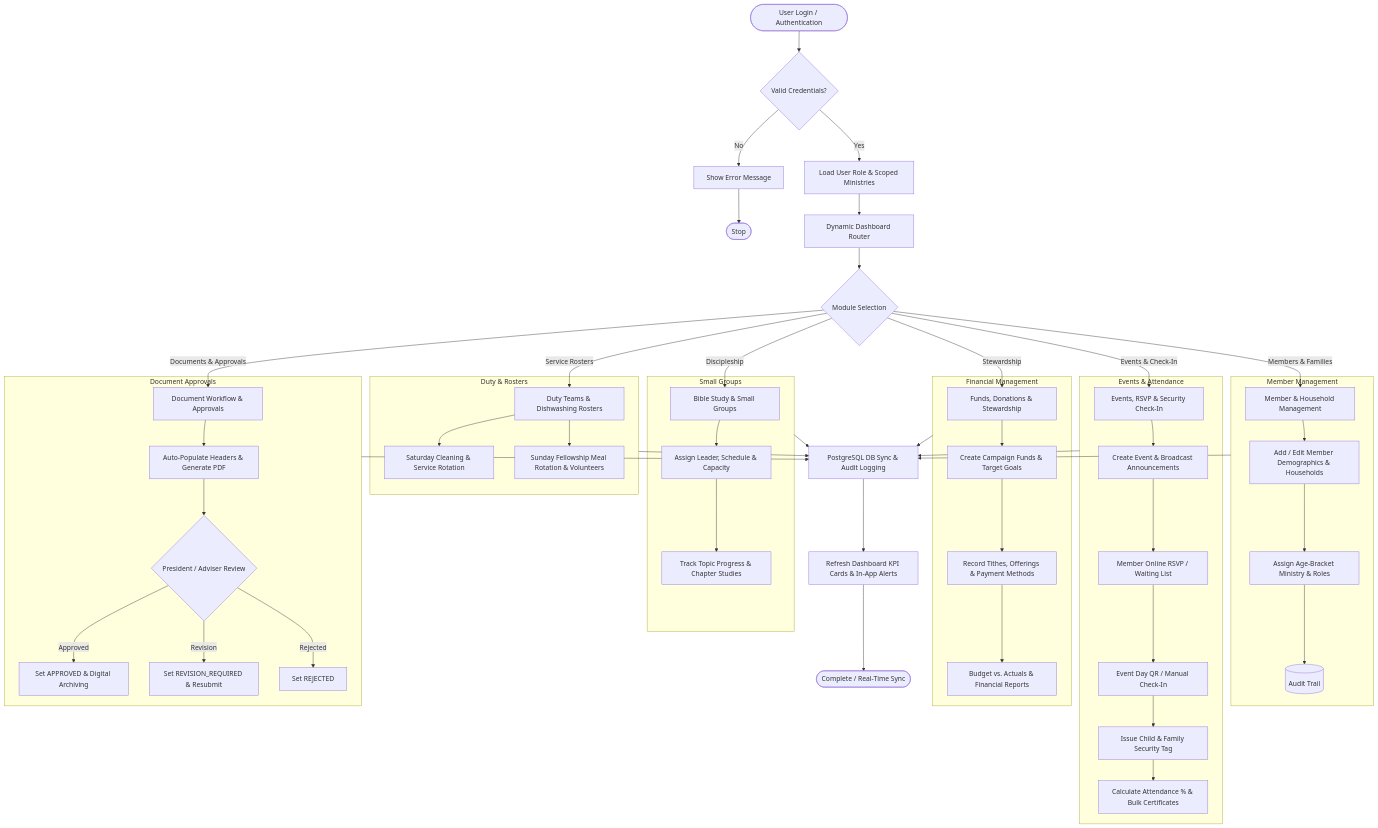
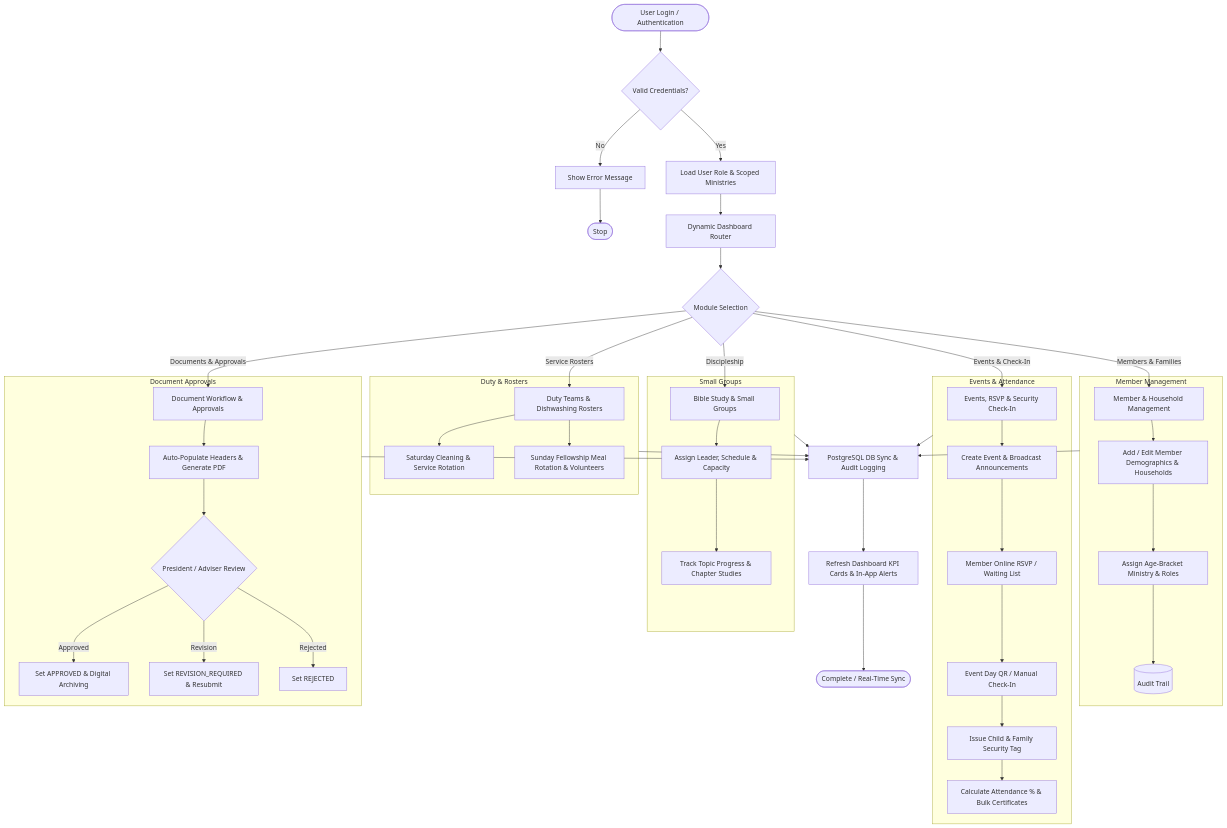
Before and after one commit to Isapolloo08/DPC_ManagementSystem: the fourth of 4 diagrams in docs/diagrams/README.md, drawn with Mermaid. The commit also changed other lines of this file and 161 other files, not shown here.

````diff
--- a/docs/diagrams/README.md
+++ b/docs/diagrams/README.md
@@ -183,64 +165,56 @@
 ```mermaid
 flowchart TD
     Start([User Login / Authentication]) --> AuthCheck{Valid Credentials?}
     AuthCheck -- No --> AuthFail[Show Error Message] --> EndFail([Stop])
     AuthCheck -- Yes --> LoadRole[Load User Role & Scoped Ministries]
     LoadRole --> RouteDash[Dynamic Dashboard Router]
 
     RouteDash --> ModSelect{Module Selection}
 
     %% Module 1: Member Directory
     ModSelect -->|Members & Families| MemMod[Member & Household Management]
     subgraph M1 [Member Management]
         MemMod --> MemCRUD[Add / Edit Member Demographics & Households]
         MemCRUD --> MemMinistry[Assign Age-Bracket Ministry & Roles]
         MemMinistry --> Audit1[(Audit Trail)]
     end
 
     %% Module 2: Small Groups
     ModSelect -->|Discipleship| BSMod[Bible Study & Small Groups]
     subgraph M2 [Small Groups]
         BSMod --> BSCfg[Assign Leader, Schedule & Capacity]
         BSCfg --> BSCurr[Track Topic Progress & Chapter Studies]
     end
 
     %% Module 3: Events & Attendance
     ModSelect -->|Events & Check-In| EvtMod[Events, RSVP & Security Check-In]
     subgraph M3 [Events & Attendance]
         EvtMod --> EvtCreate[Create Event & Broadcast Announcements]
         EvtCreate --> RSVPFlow[Member Online RSVP / Waiting List]
         RSVPFlow --> EventDay[Event Day QR / Manual Check-In]
         EventDay --> SecTag[Issue Child & Family Security Tag]
         SecTag --> AttMetrics[Calculate Attendance % & Bulk Certificates]
     end
 
     %% Module 4: Rosters & Service
     ModSelect -->|Service Rosters| RostMod[Duty Teams & Dishwashing Rosters]
     subgraph M4 [Duty & Rosters]
         RostMod --> SatTeam[Saturday Cleaning & Service Rotation]
         RostMod --> SunDish[Sunday Fellowship Meal Rotation & Volunteers]
     end
 
-    %% Module 5: Giving & Financials
-    ModSelect -->|Stewardship| FinMod[Funds, Donations & Stewardship]
-    subgraph M5 [Financial Management]
-        FinMod --> FundCreate[Create Campaign Funds & Target Goals]
-        FundCreate --> DonRecord[Record Tithes, Offerings & Payment Methods]
-        DonRecord --> FinSummary[Budget vs. Actuals & Financial Reports]
-    end
-
-    %% Module 6: Document Management
+    %% Module 5: Document Management
     ModSelect -->|Documents & Approvals| DocMod[Document Workflow & Approvals]
     subgraph M6 [Document Approvals]
         DocMod --> DocGen[Auto-Populate Headers & Generate PDF]
         DocGen --> DocReview{President / Adviser Review}
         DocReview -- Approved --> DocAppr[Set APPROVED & Digital Archiving]
         DocReview -- Revision --> DocRev[Set REVISION_REQUIRED & Resubmit]
         DocReview -- Rejected --> DocRej[Set REJECTED]
     end
 
     %% System Persistence
-    M1 & M2 & M3 & M4 & M5 & M6 --> Sync[PostgreSQL DB Sync & Audit Logging]
+    M1 & M2 & M3 & M4 & M6 --> Sync[PostgreSQL DB Sync & Audit Logging]
     Sync --> LiveKPI[Refresh Dashboard KPI Cards & In-App Alerts]
     LiveKPI --> EndSync([Complete / Real-Time Sync])
 ```
````
